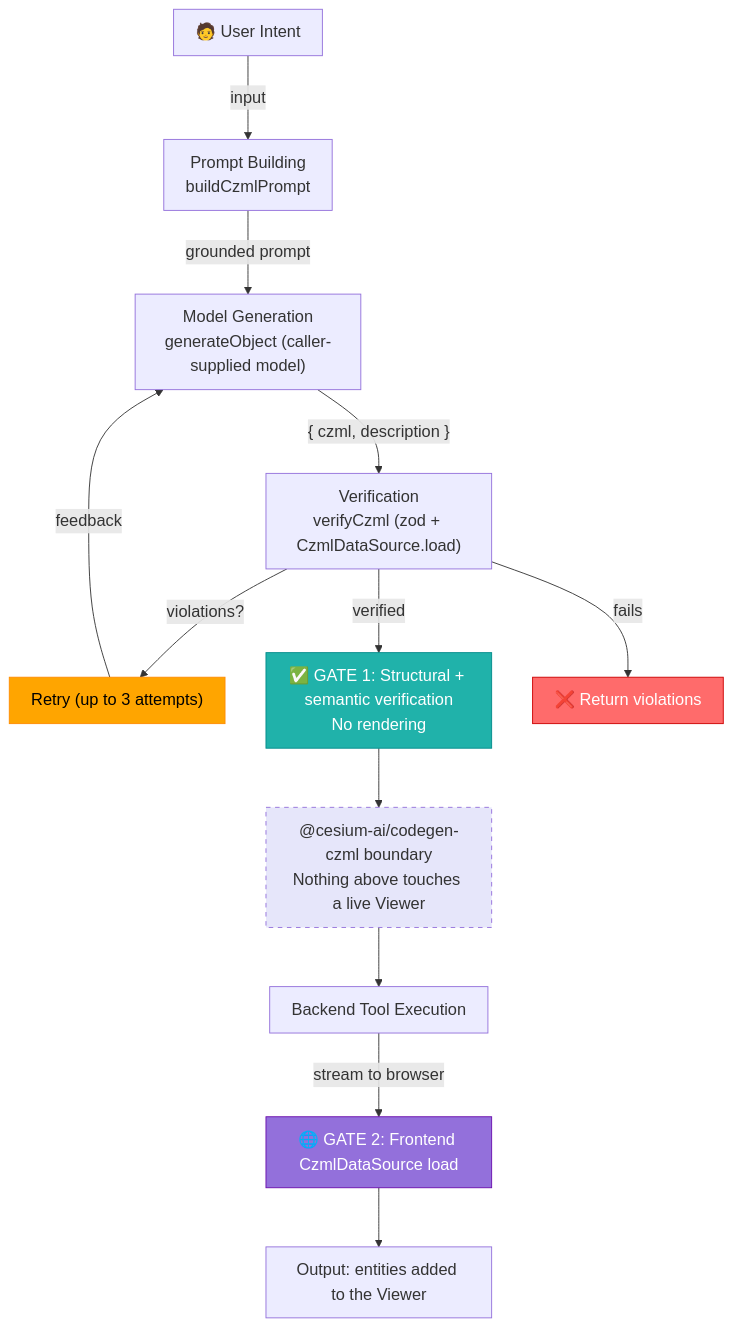
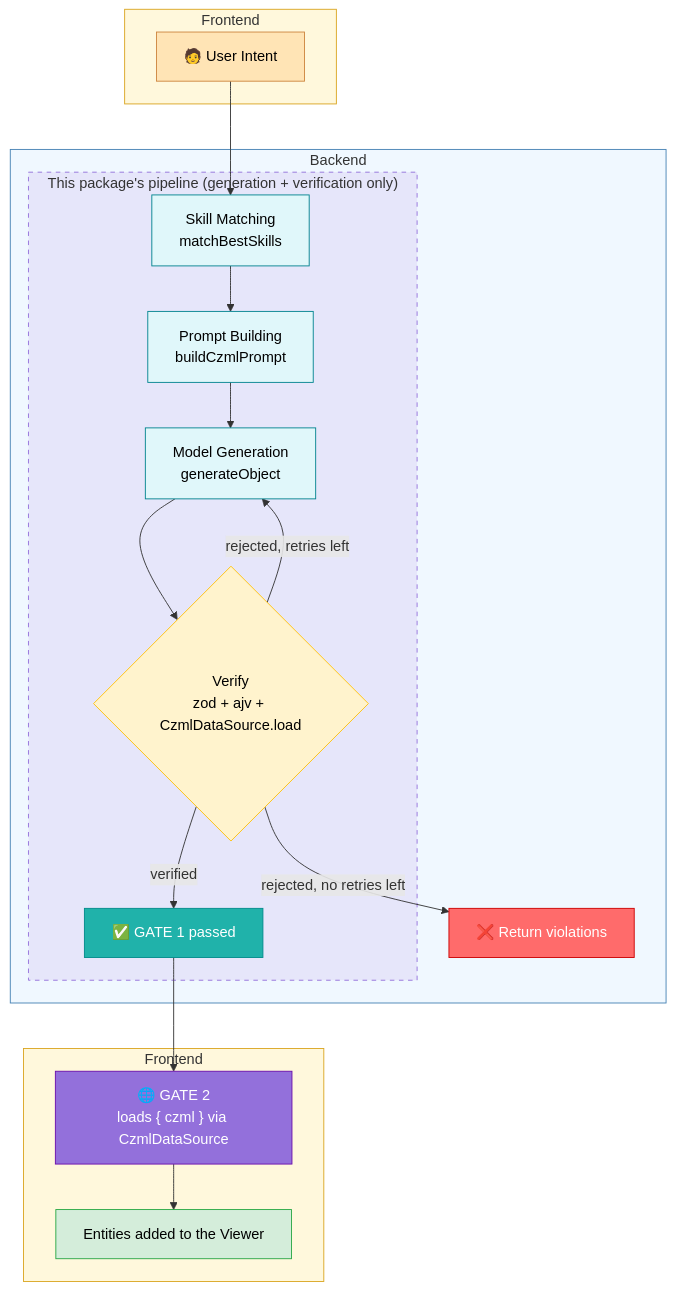
The diagram in packages/codegen-czml/README.md (CesiumGS/cesiumjs-ai-starter-app), drawn with Mermaid before and after one commit. The commit also changed other lines of this file and 15 other files, not shown here.

````diff
--- a/packages/codegen-czml/README.md
+++ b/packages/codegen-czml/README.md
@@ -11,21 +13,42 @@
 ```mermaid
-%%{init: {"themeVariables": {"fontSize": "18px"}, "flowchart": {"nodeSpacing": 45, "rankSpacing": 65, "padding": 12}}}%%
+%%{init: {"themeVariables": {"fontSize": "18px", "fontFamily": "'Segoe UI', Helvetica, Arial, sans-serif"}, "flowchart": {"nodeSpacing": 45, "rankSpacing": 65, "padding": 12}}}%%
 graph TD
-    A["🧑 User Intent"] -->|input| C["Prompt Building<br/>buildCzmlPrompt"]
-    C -->|grounded prompt| D["Model Generation<br/>generateObject (caller-supplied model)"]
-    D -->|"{ czml, description }"| E["Verification<br/>verifyCzml (zod + CzmlDataSource.load)"]
-    E -->|violations?| E_retry["Retry (up to 3 attempts)"]
-    E_retry -->|feedback| D
-    E -->|verified| F["✅ GATE 1: Structural + semantic verification<br/>No rendering"]
-    F --> BOUNDARY["@cesium-ai/codegen-czml boundary<br/>Nothing above touches a live Viewer"]
-    BOUNDARY --> G["Backend Tool Execution"]
-    G -->|stream to browser| H["🌐 GATE 2: Frontend CzmlDataSource load"]
-    H --> I["Output: entities added to the Viewer"]
-    E -->|fails| REJECT["❌ Return violations"]
+    A["🧑 User Intent"]
+
+    subgraph FRONTEND["Frontend"]
+        A
+    end
+
+    subgraph BACKEND["Backend"]
+        A --> B["Skill Matching<br/>matchBestSkills"]
+
+        subgraph BOUNDARY["This package's pipeline (generation + verification only)"]
+            B --> C["Prompt Building<br/>buildCzmlPrompt"]
+            C --> D["Model Generation<br/>generateObject"]
+            D --> E{"Verify<br/>zod + ajv + CzmlDataSource.load"}
+            E -- "rejected, retries left" --> D
+            E -- "verified" --> F["✅ GATE 1 passed"]
+        end
+
+        E -- "rejected, no retries left" --> REJECT["❌ Return violations"]
+    end
+
+    subgraph FRONTEND2["Frontend"]
+        F --> H["🌐 GATE 2<br/>loads { czml } via CzmlDataSource"]
+        H --> I["Entities added to the Viewer"]
+    end
 
     style F fill:#20B2AA,stroke:#008B8B,color:#fff
     style H fill:#9370DB,stroke:#6A0DAD,color:#fff
+    style A fill:#FFE4B5,stroke:#CD853F,color:#000
+    style B fill:#E0F7FA,stroke:#00838F,color:#000
+    style C fill:#E0F7FA,stroke:#00838F,color:#000
+    style D fill:#E0F7FA,stroke:#00838F,color:#000
+    style E fill:#FFF3CD,stroke:#FFC107,color:#000
+    style I fill:#D4EDDA,stroke:#28A745,color:#000
     style BOUNDARY fill:#E6E6FA,stroke:#9370DB,stroke-dasharray: 5 5
-    style E_retry fill:#FFA500,stroke:#FF8C00,color:#000
     style REJECT fill:#FF6B6B,stroke:#CC0000,color:#fff
+    style FRONTEND fill:#FFF8DC,stroke:#DAA520
+    style FRONTEND2 fill:#FFF8DC,stroke:#DAA520
+    style BACKEND fill:#F0F8FF,stroke:#4682B4
 ```
````
